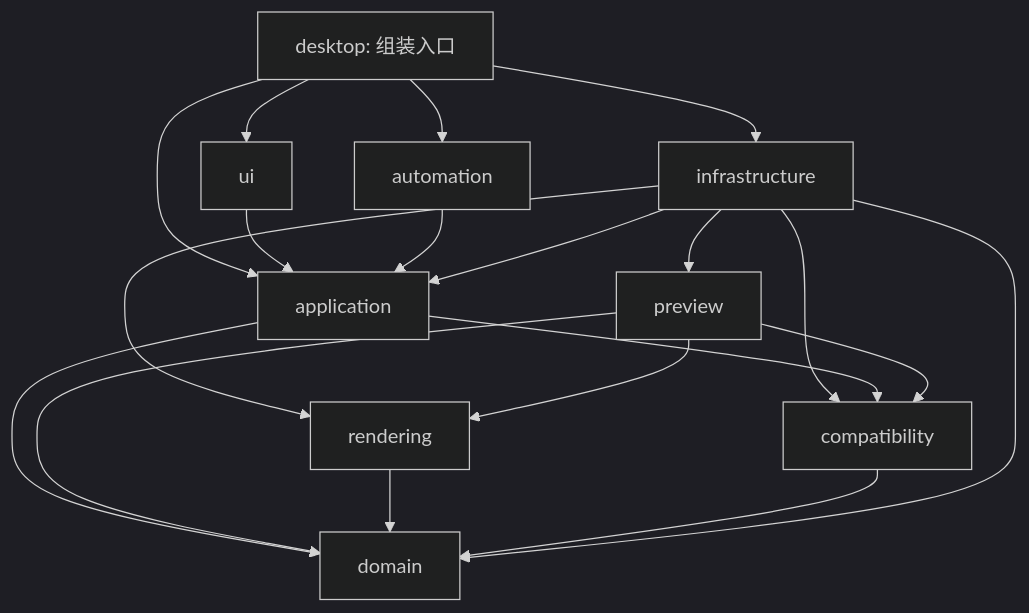
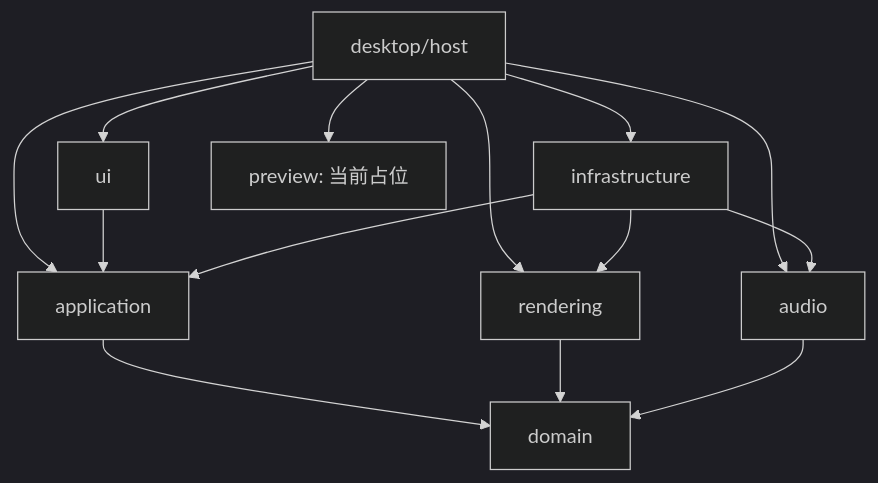
Before and after one commit to sumiyuki727/skin-editor: the diagram in docs/ARCHITECTURE.md, drawn with Mermaid (dark theme). The commit also changed other lines of this file and 471 other files, not shown here.

````diff
--- a/docs/ARCHITECTURE.md
+++ b/docs/ARCHITECTURE.md
@@ -27,21 +24,16 @@
 ```mermaid
 flowchart TD
-  Desktop[desktop: 组装入口] --> UI[ui]
-  Desktop --> Automation[automation]
-  Desktop --> Infrastructure[infrastructure]
-  Desktop --> Application[application]
-  UI --> Application
-  Automation --> Application
-  Infrastructure --> Application
-  Infrastructure --> Preview[preview]
-  Infrastructure --> Rendering[rendering]
-  Infrastructure --> Compatibility[compatibility]
-  Application --> Compatibility[compatibility]
-  Application --> Domain[domain]
-  Preview --> Rendering
-  Preview --> Compatibility
-  Preview --> Domain
-  Rendering --> Domain
-  Compatibility --> Domain
-  Infrastructure --> Domain
+ H[desktop/host] --> U[ui]
+ H --> I[infrastructure]
+ H --> P[preview: 当前占位]
+ H --> A[application]
+ H --> R[rendering]
+ H --> S[audio]
+ U --> A
+ I --> A
+ I --> R
+ I --> S
+ A --> D[domain]
+ R --> D
+ S --> D
 ```
````
